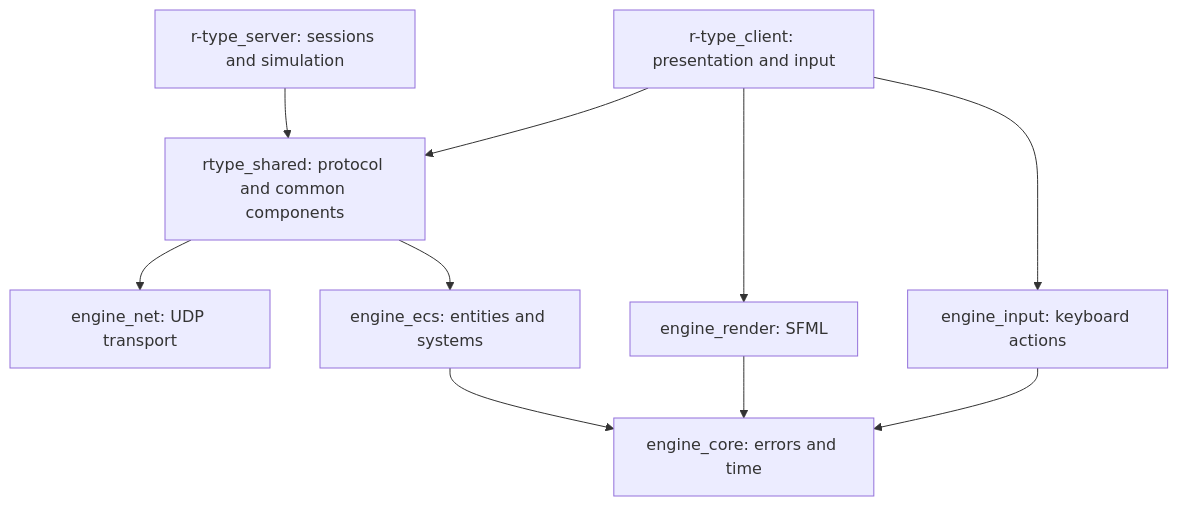
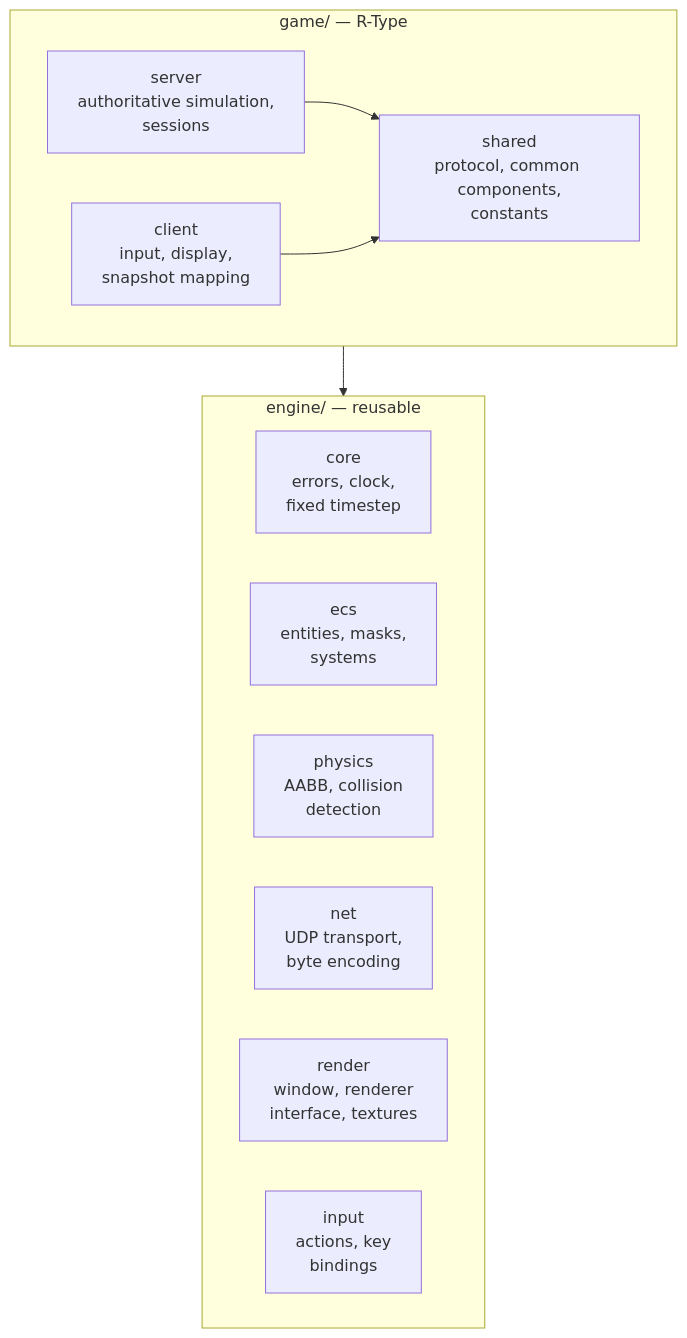
One commit to Origanire/r-type changed the first of 2 diagrams in docs/architecture/overview.md. Above: the diagram before and after it, drawn with Mermaid. The commit also changed other lines of this file and 29 other files, not shown here.

Commit message:
docs: restructure and complete the documentation for the new architecture

````diff
--- a/docs/architecture/overview.md
+++ b/docs/architecture/overview.md
@@ -6,12 +10,21 @@
 ```mermaid
-flowchart TD
-    Client["r-type_client: presentation and input"] --> Shared["rtype_shared: protocol and common components"]
-    Server["r-type_server: sessions and simulation"] --> Shared
-    Client --> Render["engine_render: SFML"]
-    Client --> Input["engine_input: keyboard actions"]
-    Shared --> Net["engine_net: UDP transport"]
-    Shared --> ECS["engine_ecs: entities and systems"]
-    ECS --> Core["engine_core: errors and time"]
-    Render --> Core
-    Input --> Core
+flowchart TB
+    subgraph Game["game/ — R-Type"]
+        direction LR
+        Server["server<br/>authoritative simulation,<br/>sessions"]
+        Shared["shared<br/>protocol, common components,<br/>constants"]
+        Client["client<br/>input, display,<br/>snapshot mapping"]
+    end
+    subgraph Engine["engine/ — reusable"]
+        direction LR
+        Core["core<br/>errors, clock,<br/>fixed timestep"]
+        ECS["ecs<br/>entities, masks,<br/>systems"]
+        Physics["physics<br/>AABB, collision<br/>detection"]
+        Net["net<br/>UDP transport,<br/>byte encoding"]
+        Render["render<br/>window, renderer<br/>interface, textures"]
+        Input["input<br/>actions, key<br/>bindings"]
+    end
+    Server --> Shared
+    Client --> Shared
+    Game --> Engine
 ```
````
